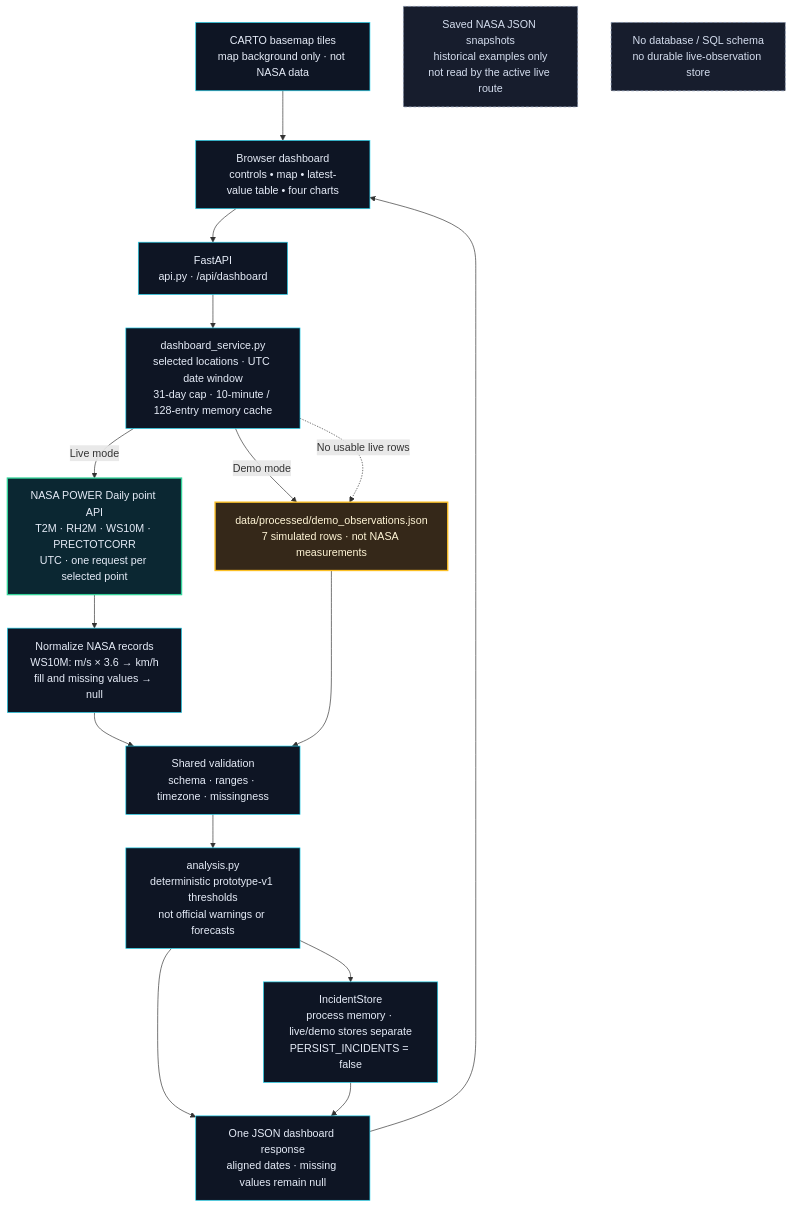
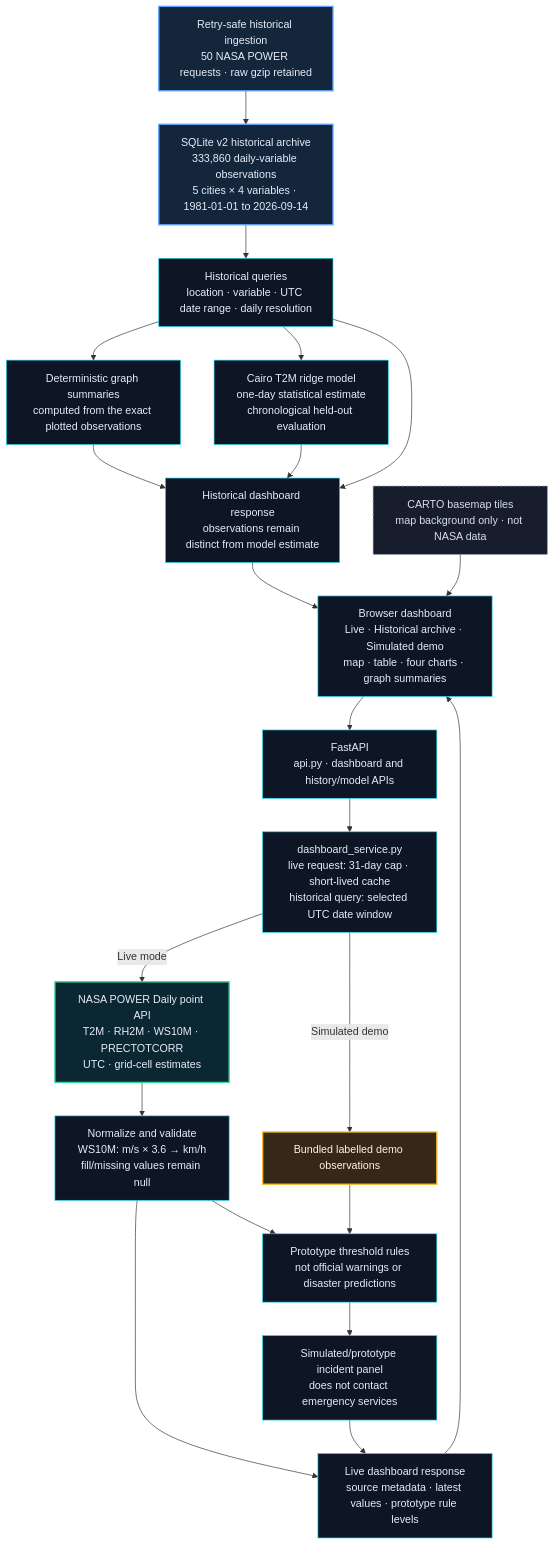
The diagram in submission_deliverables_2026-11-14/assets/earthscope_dataflow.mmd (aliahmed-star/earthscope), drawn with Mermaid before and after one commit. The commit also changed 31 other files, not shown here.

```diff
--- a/submission_deliverables_2026-11-14/assets/earthscope_dataflow.mmd
+++ b/submission_deliverables_2026-11-14/assets/earthscope_dataflow.mmd
@@ -1,29 +1,35 @@
 flowchart TB
-    UI["Browser dashboard<br/>controls • map • latest-value table • four charts"] --> API["FastAPI<br/>api.py · /api/dashboard"]
-    API --> SVC["dashboard_service.py<br/>selected locations · UTC date window<br/>31-day cap · 10-minute / 128-entry memory cache"]
+    UI["Browser dashboard<br/>Live · Historical archive · Simulated demo<br/>map · table · four charts · graph summaries"] --> API["FastAPI<br/>api.py · dashboard and history/model APIs"]
+    API --> SVC["dashboard_service.py<br/>live request: 31-day cap · short-lived cache<br/>historical query: selected UTC date window"]
 
-    SVC -->|Live mode| NASA["NASA POWER Daily point API<br/>T2M · RH2M · WS10M · PRECTOTCORR<br/>UTC · one request per selected point"]
-    NASA --> NORM["Normalize NASA records<br/>WS10M: m/s × 3.6 → km/h<br/>fill and missing values → null"]
-    SVC -->|Demo mode| DEMO["data/processed/demo_observations.json<br/>7 simulated rows · not NASA measurements"]
-    SVC -.->|No usable live rows| DEMO
+    SVC -->|Live mode| NASA["NASA POWER Daily point API<br/>T2M · RH2M · WS10M · PRECTOTCORR<br/>UTC · grid-cell estimates"]
+    NASA --> NORM["Normalize and validate<br/>WS10M: m/s × 3.6 → km/h<br/>fill/missing values remain null"]
+    NORM --> LIVE["Live dashboard response<br/>source metadata · latest values · prototype rule levels"]
 
-    NORM --> VALID["Shared validation<br/>schema · ranges · timezone · missingness"]
-    DEMO --> VALID
-    VALID --> RISK["analysis.py<br/>deterministic prototype-v1 thresholds<br/>not official warnings or forecasts"]
-    RISK --> INCIDENTS["IncidentStore<br/>process memory · live/demo stores separate<br/>PERSIST_INCIDENTS = false"]
-    RISK --> PAYLOAD["One JSON dashboard response<br/>aligned dates · missing values remain null"]
-    INCIDENTS --> PAYLOAD
-    PAYLOAD --> UI
+    INGEST["Retry-safe historical ingestion<br/>50 NASA POWER requests · raw gzip retained"] --> DB["SQLite v2 historical archive<br/>333,860 daily-variable observations<br/>5 cities × 4 variables · 1981-01-01 to 2026-09-14"]
+    DB --> HIST["Historical queries<br/>location · variable · UTC date range · daily resolution"]
+    HIST --> SUM["Deterministic graph summaries<br/>computed from the exact plotted observations"]
+    HIST --> MODEL["Cairo T2M ridge model<br/>one-day statistical estimate<br/>chronological held-out evaluation"]
+    HIST --> ARCHIVE["Historical dashboard response<br/>observations remain distinct from model estimate"]
+    SUM --> ARCHIVE
+    MODEL --> ARCHIVE
+
+    SVC -->|Simulated demo| DEMO["Bundled labelled demo observations"]
+    DEMO --> RULES["Prototype threshold rules<br/>not official warnings or disaster predictions"]
+    NORM --> RULES
+    RULES --> INCIDENTS["Simulated/prototype incident panel<br/>does not contact emergency services"]
+    INCIDENTS --> LIVE
     CARTO["CARTO basemap tiles<br/>map background only · not NASA data"] --> UI
-
-    SNAP["Saved NASA JSON snapshots<br/>historical examples only<br/>not read by the active live route"]
-    DB["No database / SQL schema<br/>no durable live-observation store"]
+    LIVE --> UI
+    ARCHIVE --> UI
 
     classDef app fill:#0E1524,stroke:#22D3EE,color:#E6ECF8,stroke-width:1px;
     classDef nasa fill:#0B2732,stroke:#34D399,color:#E6ECF8,stroke-width:2px;
     classDef demo fill:#352819,stroke:#FBBF24,color:#FFF5D6,stroke-width:2px;
+    classDef store fill:#13263B,stroke:#60A5FA,color:#E6ECF8,stroke-width:2px;
     classDef note fill:#171D2D,stroke:#8190AD,color:#D5DEEF,stroke-dasharray:4 3;
-    class UI,API,SVC,NORM,VALID,RISK,INCIDENTS,PAYLOAD,CARTO app;
+    class UI,API,SVC,NORM,LIVE,HIST,SUM,MODEL,ARCHIVE,RULES,INCIDENTS app;
     class NASA nasa;
     class DEMO demo;
-    class SNAP,DB note;
+    class DB,INGEST store;
+    class CARTO note;
```
